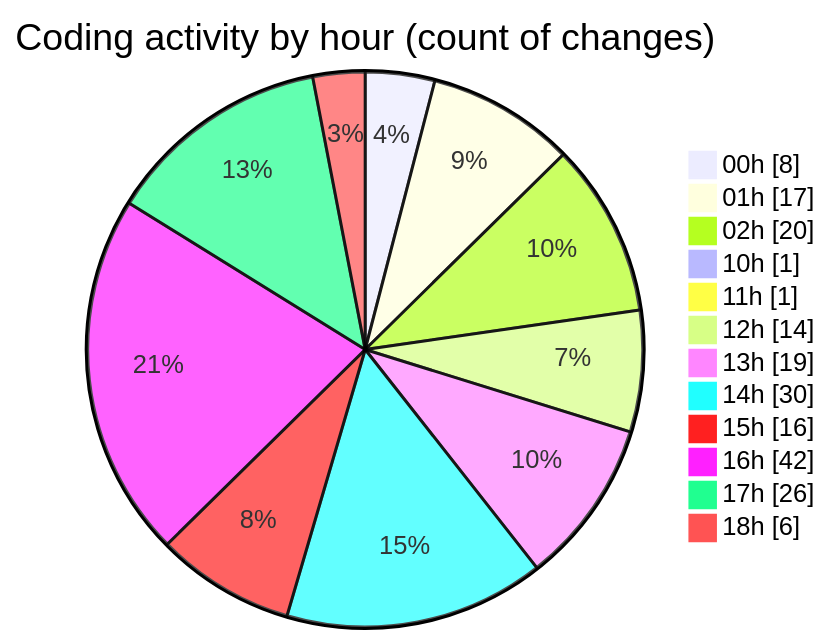
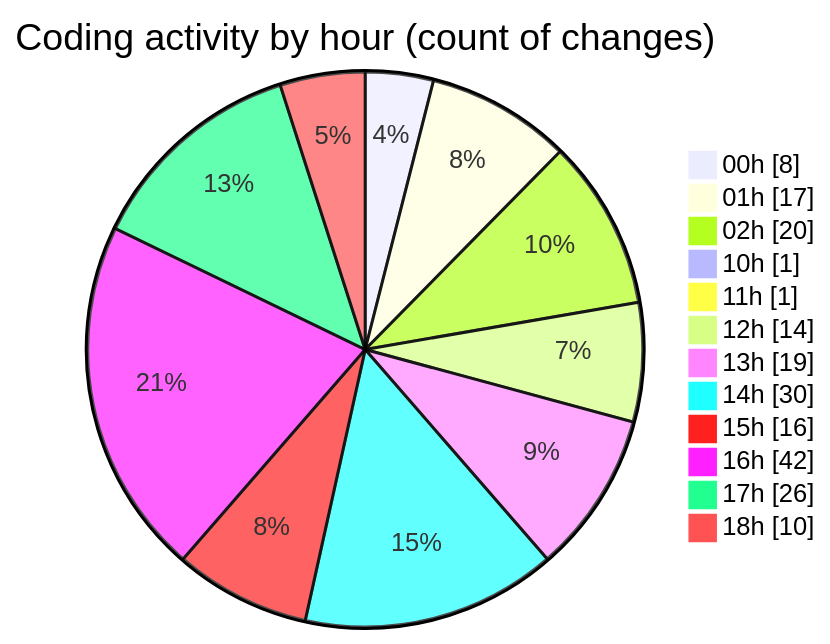
One commit to Elitesun/code-tracking changed the second of 2 diagrams in 2025-05-02/niten/README.md. Above: the diagram before and after it, drawn with Mermaid. The commit also changed other lines of this file and 1 other file, not shown here.

````diff
--- a/2025-05-02/niten/README.md
+++ b/2025-05-02/niten/README.md
@@ -80,16 +81,16 @@
 ```mermaid
 pie showData
 title Coding activity by hour (count of changes)
 "00h" : 8
 "01h" : 17
 "02h" : 20
 "10h" : 1
 "11h" : 1
 "12h" : 14
 "13h" : 19
 "14h" : 30
 "15h" : 16
 "16h" : 42
 "17h" : 26
-"18h" : 6
+"18h" : 10
 ```
````
